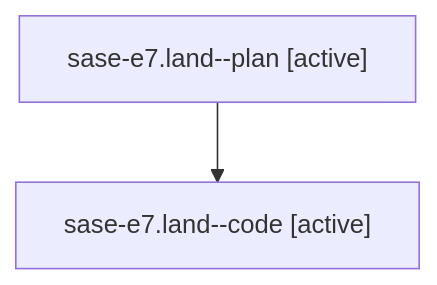
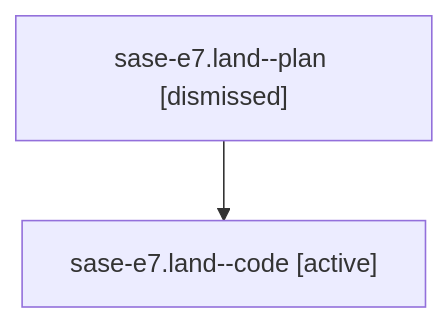
The diagram in sessions/bbugyi200.athena.sase-e7.land.md (sase-org/sase--agents), drawn with Mermaid before and after one commit. The commit also changed other lines of this file and 70 other files, not shown here.

````diff
--- a/sessions/bbugyi200.athena.sase-e7.land.md
+++ b/sessions/bbugyi200.athena.sase-e7.land.md
@@ -9,6 +9,6 @@
 ```mermaid
 flowchart TD
-  n0["sase-e7.land--plan [active]"]
+  n0["sase-e7.land--plan [dismissed]"]
   n1["sase-e7.land--code [active]"]
   n0 --> n1
 ```
````
